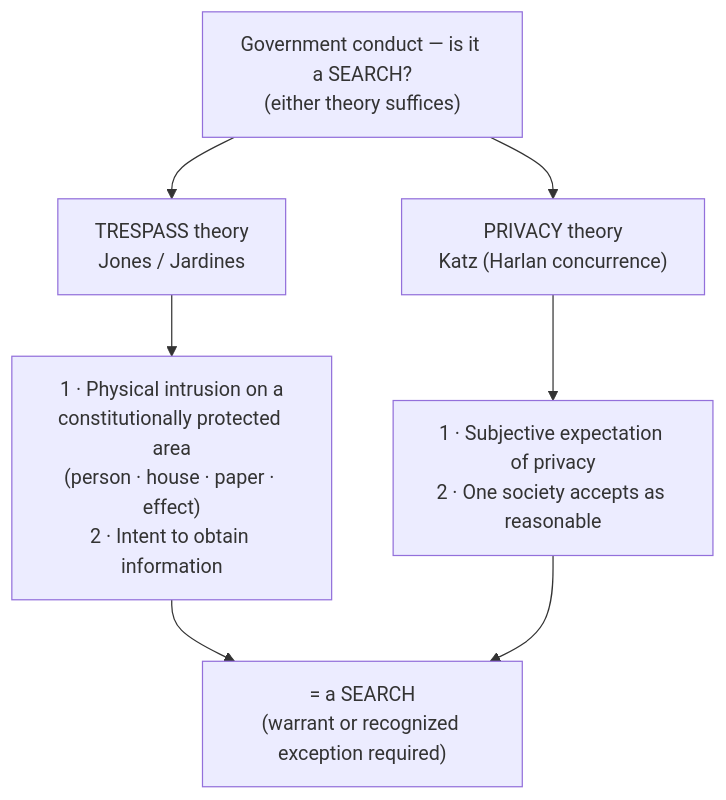
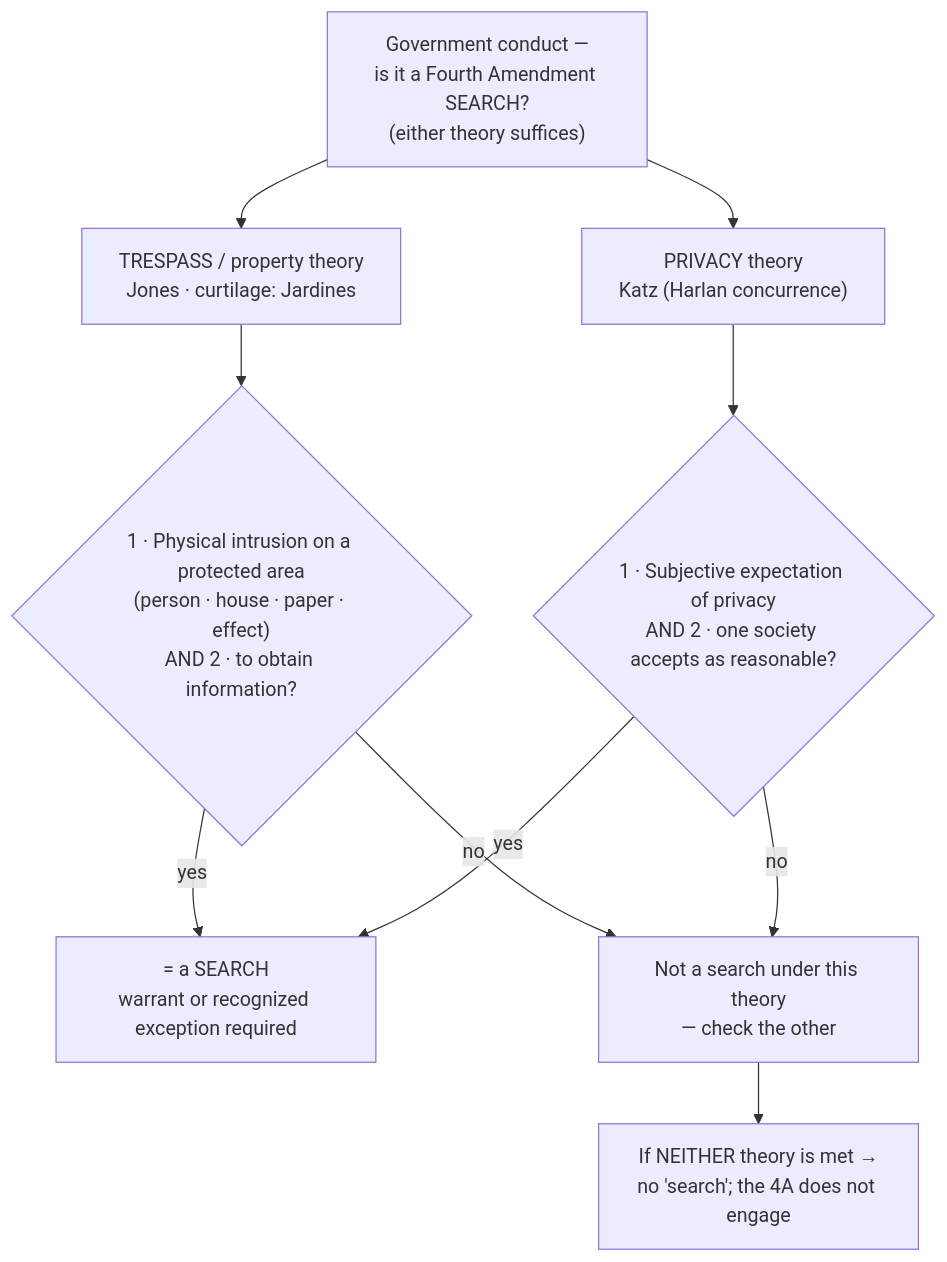
One commit to Enragedsaturday/cssi changed the diagram in content/3-what-is-a-search/Two Definitions of Search.md. Above: the diagram before and after it, drawn with Mermaid. The commit also changed other lines of this file and 4 other files, not shown here.

````diff
--- a/content/3-what-is-a-search/Two Definitions of Search.md
+++ b/content/3-what-is-a-search/Two Definitions of Search.md
@@ -53,10 +84,13 @@
 ```mermaid
 flowchart TD
-  Q["Government conduct — is it a SEARCH?<br/>(either theory suffices)"]
-  Q --> T["TRESPASS theory<br/>Jones / Jardines"]
+  Q["Government conduct —<br/>is it a Fourth Amendment SEARCH?<br/>(either theory suffices)"]
+  Q --> T["TRESPASS / property theory<br/>Jones · curtilage: Jardines"]
   Q --> P["PRIVACY theory<br/>Katz (Harlan concurrence)"]
-  T --> T1["1 · Physical intrusion on a<br/>constitutionally protected area<br/>(person · house · paper · effect)<br/>2 · Intent to obtain information"]
-  P --> P1["1 · Subjective expectation of privacy<br/>2 · One society accepts as reasonable"]
-  T1 --> S["= a SEARCH<br/>(warrant or recognized exception required)"]
-  P1 --> S
+  T --> T1{"1 · Physical intrusion on a protected area<br/>(person · house · paper · effect)<br/>AND 2 · to obtain information?"}
+  P --> P1{"1 · Subjective expectation of privacy<br/>AND 2 · one society accepts as reasonable?"}
+  T1 -->|yes| S["= a SEARCH<br/>warrant or recognized exception required"]
+  P1 -->|yes| S
+  T1 -->|no| X["Not a search under this theory<br/>— check the other"]
+  P1 -->|no| X
+  X --> Z["If NEITHER theory is met →<br/>no 'search'; the 4A does not engage"]
 ```
````
